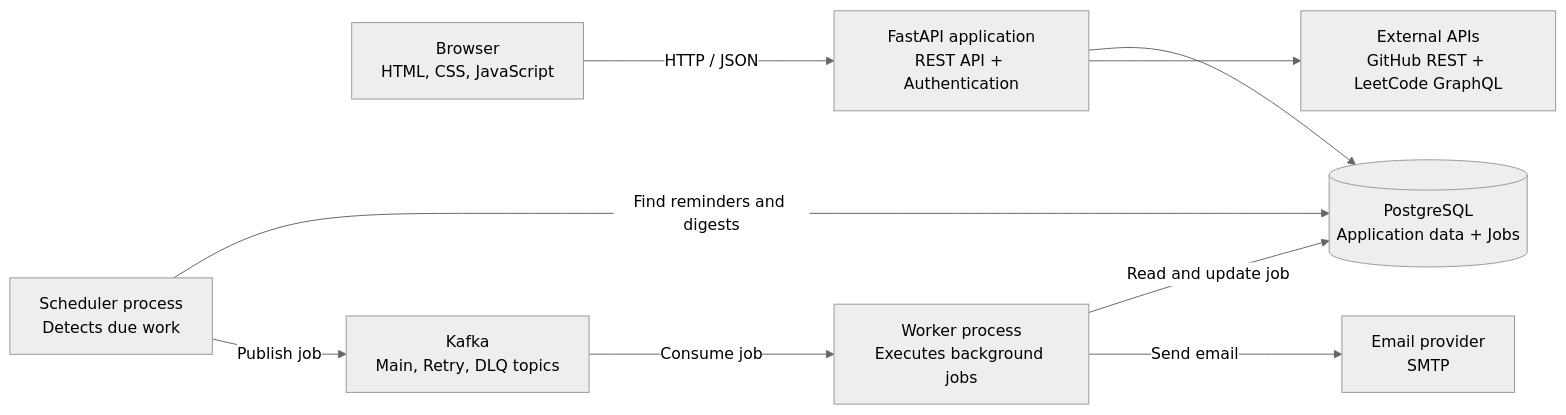
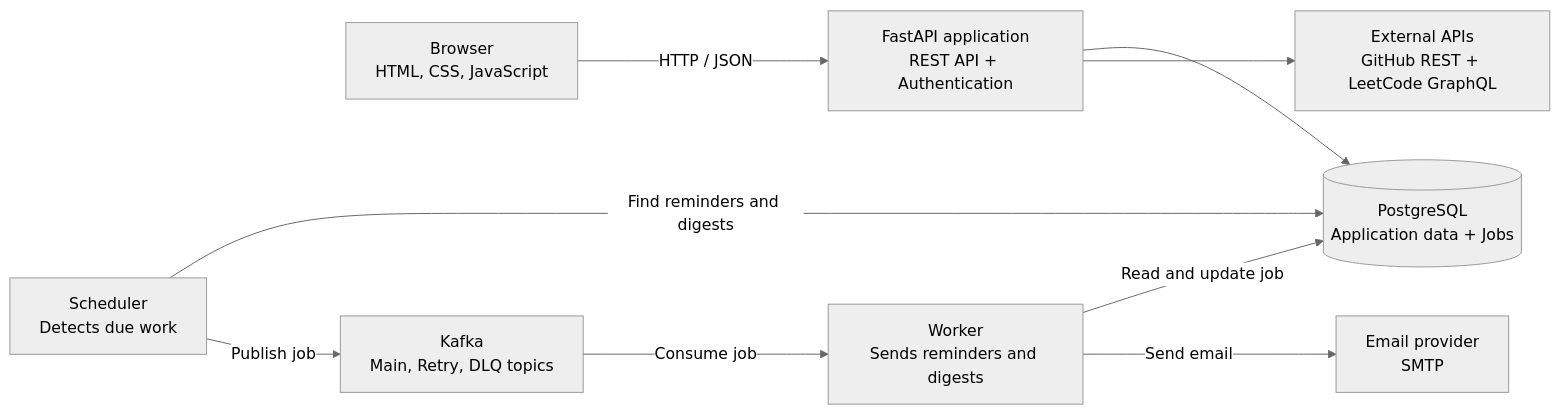
The diagram in README.md (rajeev8008/Pace), drawn with Mermaid (neutral theme) before and after one commit. The commit also changed other lines of this file and 1 other file, not shown here.

````diff
--- a/README.md
+++ b/README.md
@@ -39,28 +33,28 @@
 ```mermaid
 flowchart LR
     Browser["Browser<br/>HTML, CSS, JavaScript"]
 
     API["FastAPI application<br/>REST API + Authentication"]
 
     DB[("PostgreSQL<br/>Application data + Jobs")]
 
     External["External APIs<br/>GitHub REST + LeetCode GraphQL"]
 
-    Scheduler["Scheduler process<br/>Detects due work"]
+    Scheduler["Scheduler<br/>Detects due work"]
 
     Kafka["Kafka<br/>Main, Retry, DLQ topics"]
 
-    Worker["Worker process<br/>Executes background jobs"]
+    Worker["Worker<br/>Sends reminders and digests"]
 
     Email["Email provider<br/>SMTP"]
 
     Browser -->|"HTTP / JSON"| API
     API --> DB
     API --> External
 
     Scheduler -->|"Find reminders and digests"| DB
     Scheduler -->|"Publish job"| Kafka
     Kafka -->|"Consume job"| Worker
     Worker -->|"Read and update job"| DB
     Worker -->|"Send email"| Email
 ```
````
